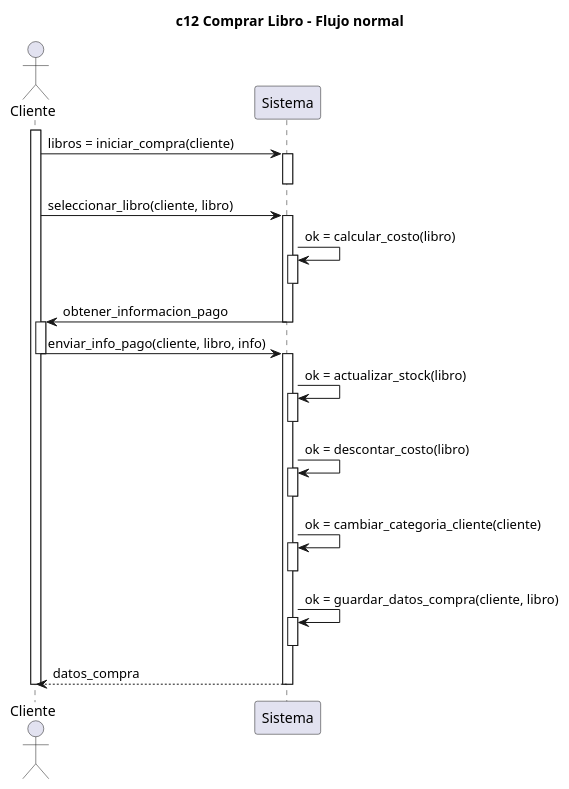
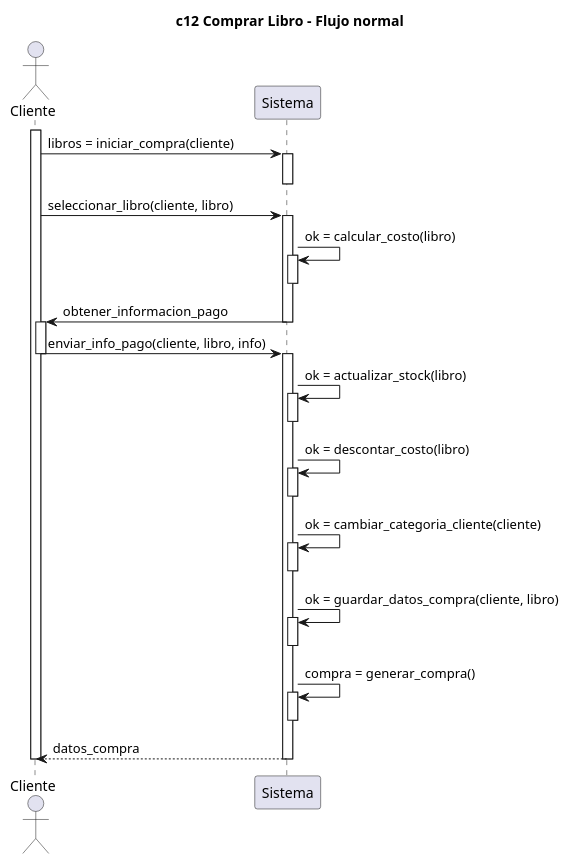
Before and after one commit to pablodanielrey/dsbm: the fourth of 4 diagrams in tp1/secuencia/compra/secuencia-flujo-ok.plantuml, drawn with PlantUML.

Commit message:
agregar los procesos que se generan dentr del sisteam

```diff
--- a/tp1/secuencia/compra/secuencia-flujo-ok.plantuml
+++ b/tp1/secuencia/compra/secuencia-flujo-ok.plantuml
@@ -147,49 +147,53 @@
 @startuml alternativa5
 
 
 title c12 Comprar Libro - Flujo normal
 
 actor Cliente as c
 participant Sistema as s
 
 activate c
 c -> s : libros = iniciar_compra(cliente)
 activate s
 deactivate s
 
 c -> s : seleccionar_libro(cliente, libro)
 activate s
     s -> s : ok = calcular_costo(libro)
     activate s
     deactivate s
     c <- s : obtener_informacion_pago
 deactivate s
 
 activate c
     c -> s : enviar_info_pago(cliente, libro, info)
 deactivate c
 
 activate s
     s -> s : ok = actualizar_stock(libro)
     activate s
     deactivate s            
 
     s -> s : ok = descontar_costo(libro)
     activate s
     deactivate s
 
     s -> s : ok = cambiar_categoria_cliente(cliente)
     activate s
     deactivate s
 
     s -> s : ok = guardar_datos_compra(cliente, libro)
     activate s
     deactivate s
 
+    s -> s : compra = generar_compra()
+    activate s
+    deactivate s
+
     c <-- s : datos_compra
 deactivate s
 
 
 deactivate c
 
 @enduml
```
